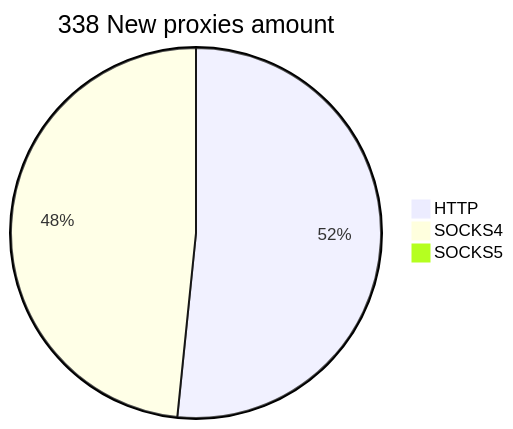
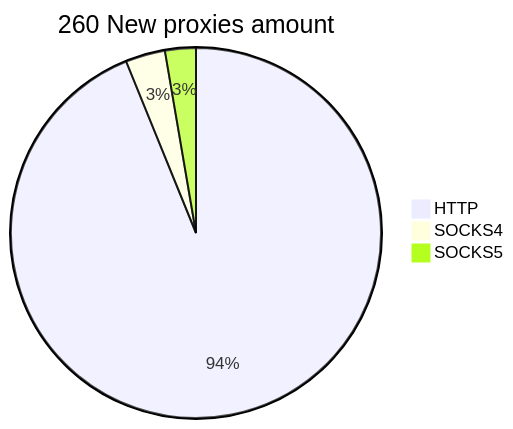
One commit to cutipu/proxylist changed the second of 2 diagrams in README.md. Above: the diagram before and after it, drawn with Mermaid. The commit also changed other lines of this file, not shown here.

````diff
--- a/README.md
+++ b/README.md
@@ -10,6 +10,6 @@
 ```mermaid
-pie title 338 New proxies amount
-    "HTTP" : 192
-    "SOCKS4" : 180
-    "SOCKS5" : 0
+pie title 260 New proxies amount
+    "HTTP" : 244
+    "SOCKS4" : 9
+    "SOCKS5" : 7
 ```
````
